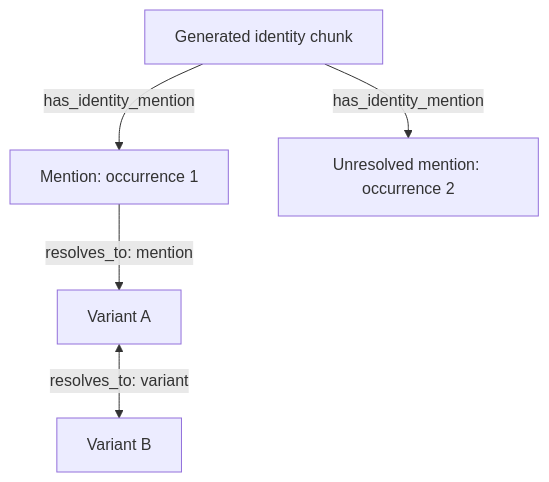
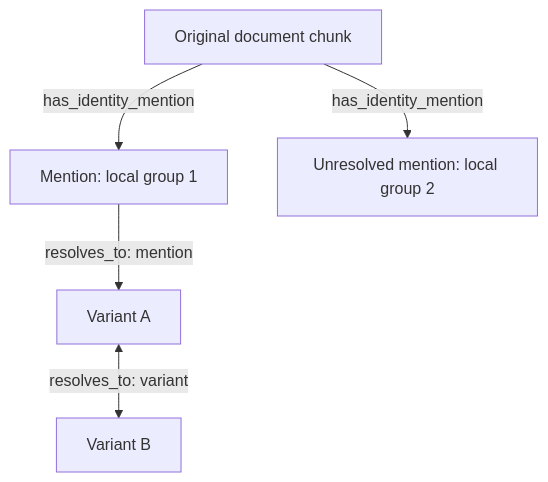
Before and after one commit to mrjames313/cognee-science-lab: the diagram in results/cognee_stage5_4_5_identity_representation_proposal.md, drawn with Mermaid. The commit also changed other lines of this file and 7 other files, not shown here.

Commit message:
Completed findings and architecture proposal for identity management layer.  Added a knowledge integration playbook to guide other integrations.  Added first test fixtures and schemas

````diff
--- a/results/cognee_stage5_4_5_identity_representation_proposal.md
+++ b/results/cognee_stage5_4_5_identity_representation_proposal.md
@@ -55,7 +114,7 @@
 ```mermaid
 flowchart TD
-    C["Generated identity chunk"] -->|has_identity_mention| M["Mention: occurrence 1"]
-    C -->|has_identity_mention| U["Unresolved mention: occurrence 2"]
+    C["Original document chunk"] -->|has_identity_mention| M["Mention: local group 1"]
+    C -->|has_identity_mention| U["Unresolved mention: local group 2"]
     M -->|"resolves_to: mention"| A["Variant A"]
     A <-->|"resolves_to: variant"| B["Variant B"]
 ```
````
